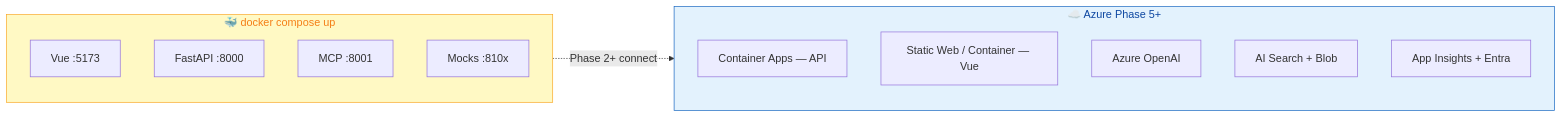
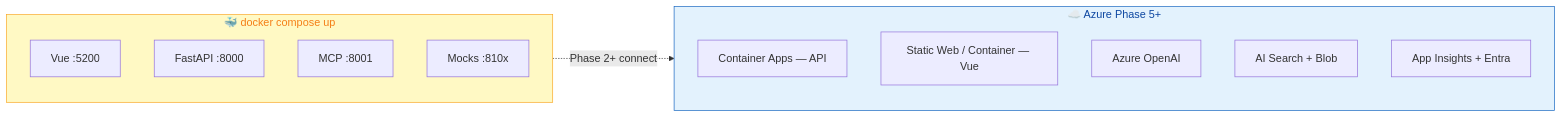
The third of 5 diagrams in docs/learn/02-architecture-overview.md (farukzahra/ms-poc), drawn with Mermaid before and after one commit. The commit also changed other lines of this file and 30 other files, not shown here.

````diff
--- a/docs/learn/02-architecture-overview.md
+++ b/docs/learn/02-architecture-overview.md
@@ -115,26 +115,26 @@
 ```mermaid
 flowchart LR
     subgraph Local["🐳 docker compose up"]
         direction TB
-        L1[Vue :5173]
+        L1[Vue :5200]
         L2[FastAPI :8000]
         L3[MCP :8001]
         L4[Mocks :810x]
     end
 
     subgraph Cloud["☁️ Azure Phase 5+"]
         direction TB
         C1[Container Apps — API]
         C2[Static Web / Container — Vue]
         C3[Azure OpenAI]
         C4[AI Search + Blob]
         C5[App Insights + Entra]
     end
 
     Local -.->|Phase 2+ connect| Cloud
 
     classDef docker fill:#FFF9C4,stroke:#F9A825,color:#F57F17
     classDef cloud fill:#E3F2FD,stroke:#1565C0,color:#0D47A1
     class Local docker
     class Cloud cloud
 ```
````
